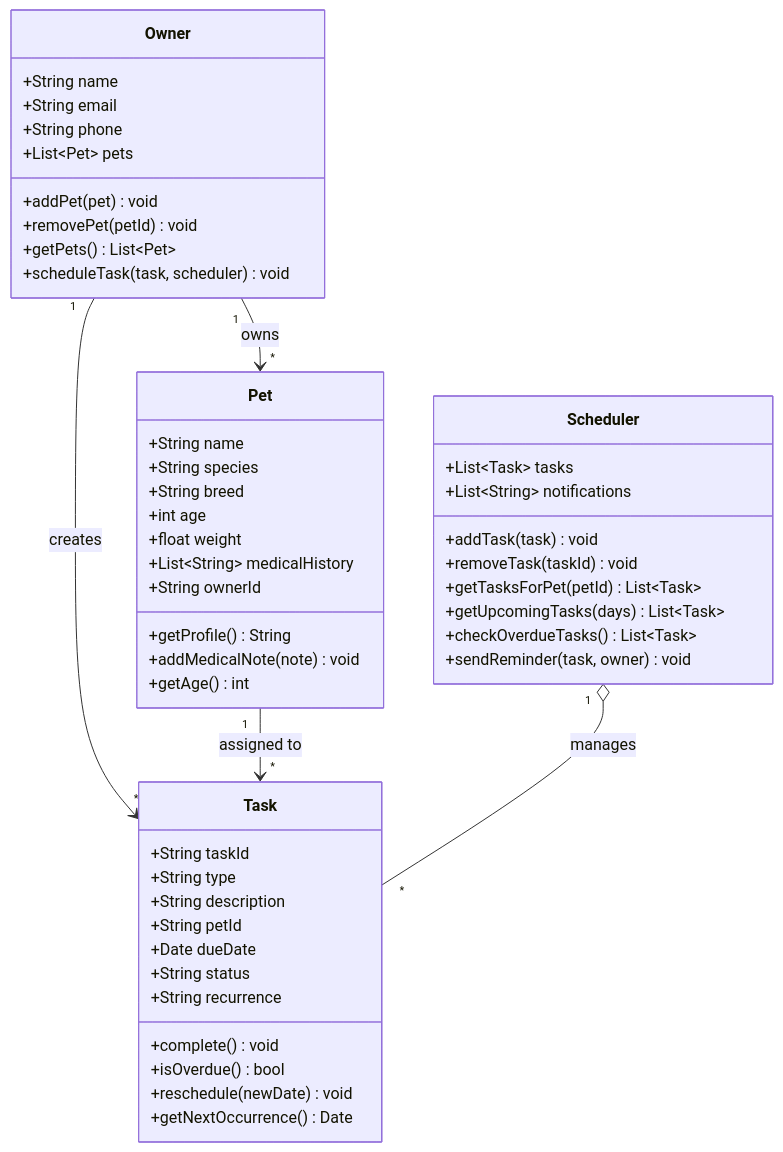
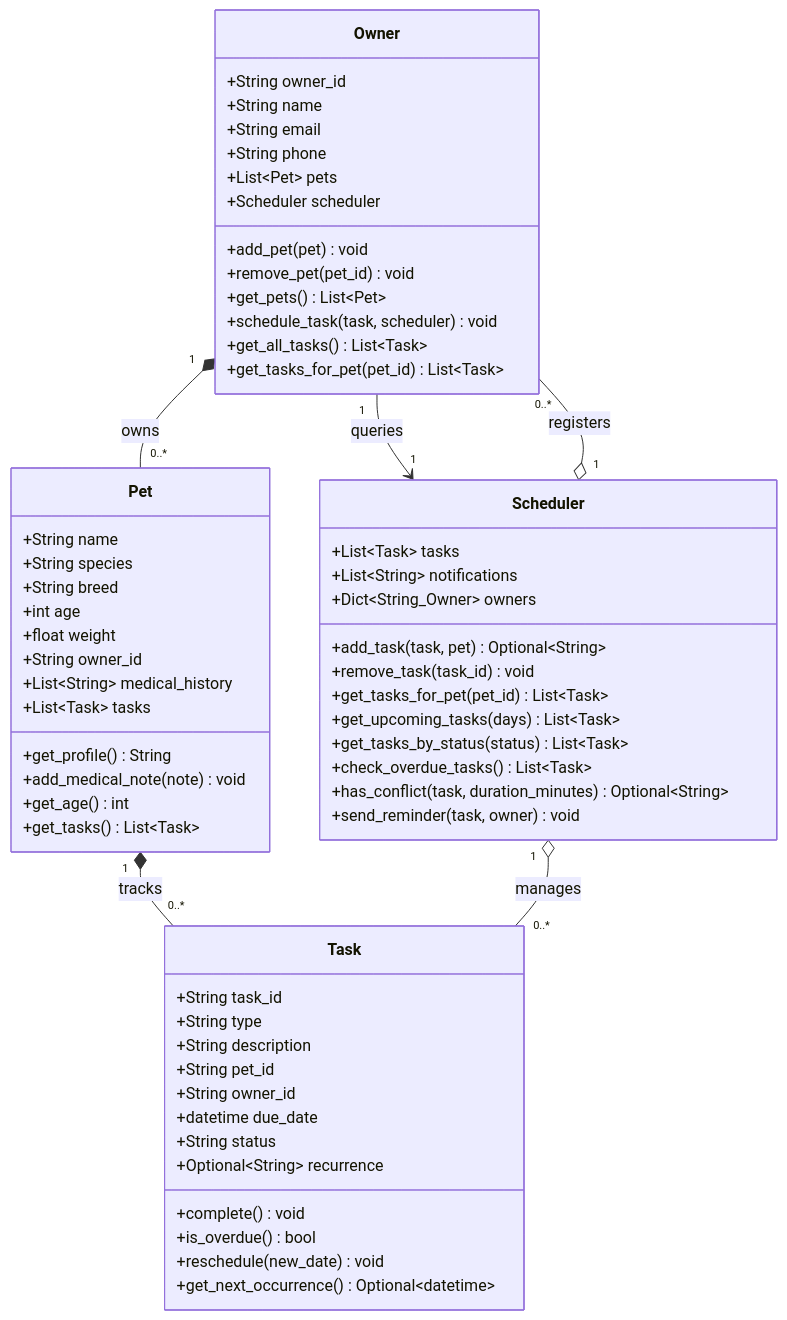
Before and after one commit to RenuBandaru/ai110-module2show-pawpal-starter: the diagram in class_diagram.mmd, drawn with Mermaid. The commit also changed 6 other files, not shown here.

```diff
--- a/class_diagram.mmd
+++ b/class_diagram.mmd
@@ -1,54 +1,65 @@
 classDiagram
     class Owner {
+        +String owner_id
         +String name
         +String email
         +String phone
         +List~Pet~ pets
-        +addPet(pet) void
-        +removePet(petId) void
-        +getPets() List~Pet~
-        +scheduleTask(task, scheduler) void
+        +Scheduler scheduler
+        +add_pet(pet) void
+        +remove_pet(pet_id) void
+        +get_pets() List~Pet~
+        +schedule_task(task, scheduler) void
+        +get_all_tasks() List~Task~
+        +get_tasks_for_pet(pet_id) List~Task~
     }
 
     class Pet {
         +String name
         +String species
         +String breed
         +int age
         +float weight
-        +List~String~ medicalHistory
-        +String ownerId
-        +getProfile() String
-        +addMedicalNote(note) void
-        +getAge() int
+        +String owner_id
+        +List~String~ medical_history
+        +List~Task~ tasks
+        +get_profile() String
+        +add_medical_note(note) void
+        +get_age() int
+        +get_tasks() List~Task~
     }
 
     class Task {
-        +String taskId
+        +String task_id
         +String type
         +String description
-        +String petId
-        +Date dueDate
+        +String pet_id
+        +String owner_id
+        +datetime due_date
         +String status
-        +String recurrence
+        +Optional~String~ recurrence
         +complete() void
-        +isOverdue() bool
-        +reschedule(newDate) void
-        +getNextOccurrence() Date
+        +is_overdue() bool
+        +reschedule(new_date) void
+        +get_next_occurrence() Optional~datetime~
     }
 
     class Scheduler {
         +List~Task~ tasks
         +List~String~ notifications
-        +addTask(task) void
-        +removeTask(taskId) void
-        +getTasksForPet(petId) List~Task~
-        +getUpcomingTasks(days) List~Task~
-        +checkOverdueTasks() List~Task~
-        +sendReminder(task, owner) void
+        +Dict~String_Owner~ owners
+        +add_task(task, pet) Optional~String~
+        +remove_task(task_id) void
+        +get_tasks_for_pet(pet_id) List~Task~
+        +get_upcoming_tasks(days) List~Task~
+        +get_tasks_by_status(status) List~Task~
+        +check_overdue_tasks() List~Task~
+        +has_conflict(task, duration_minutes) Optional~String~
+        +send_reminder(task, owner) void
     }
 
-    Owner "1" --> "*" Pet : owns
-    Owner "1" --> "*" Task : creates
-    Pet "1" --> "*" Task : assigned to
-    Scheduler "1" o-- "*" Task : manages
+    Owner "1" *-- "0..*" Pet : owns
+    Pet "1" *-- "0..*" Task : tracks
+    Scheduler "1" o-- "0..*" Task : manages
+    Scheduler "1" o-- "0..*" Owner : registers
+    Owner "1" --> "1" Scheduler : queries
```
